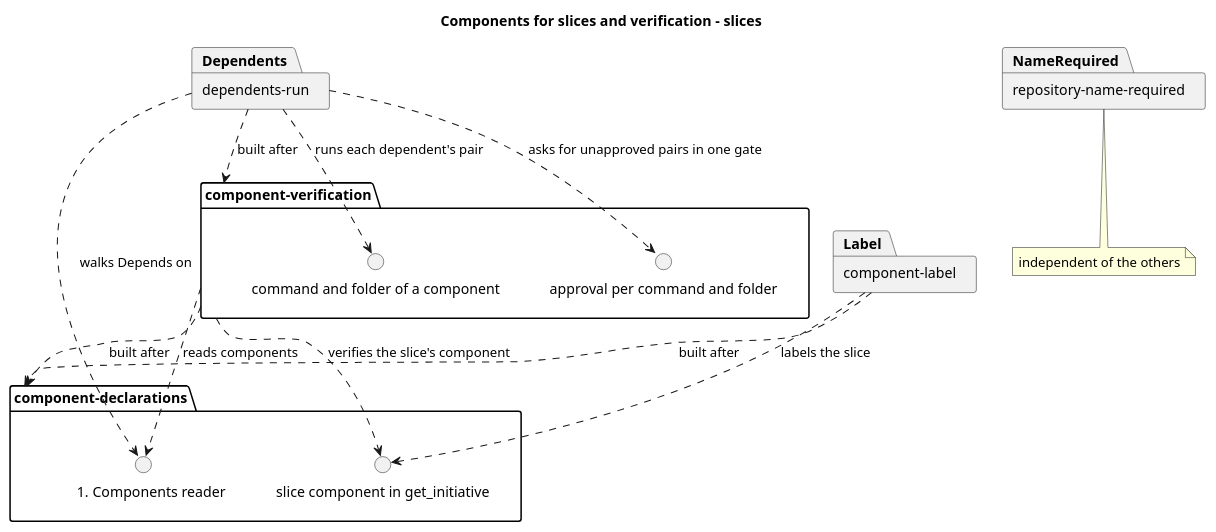
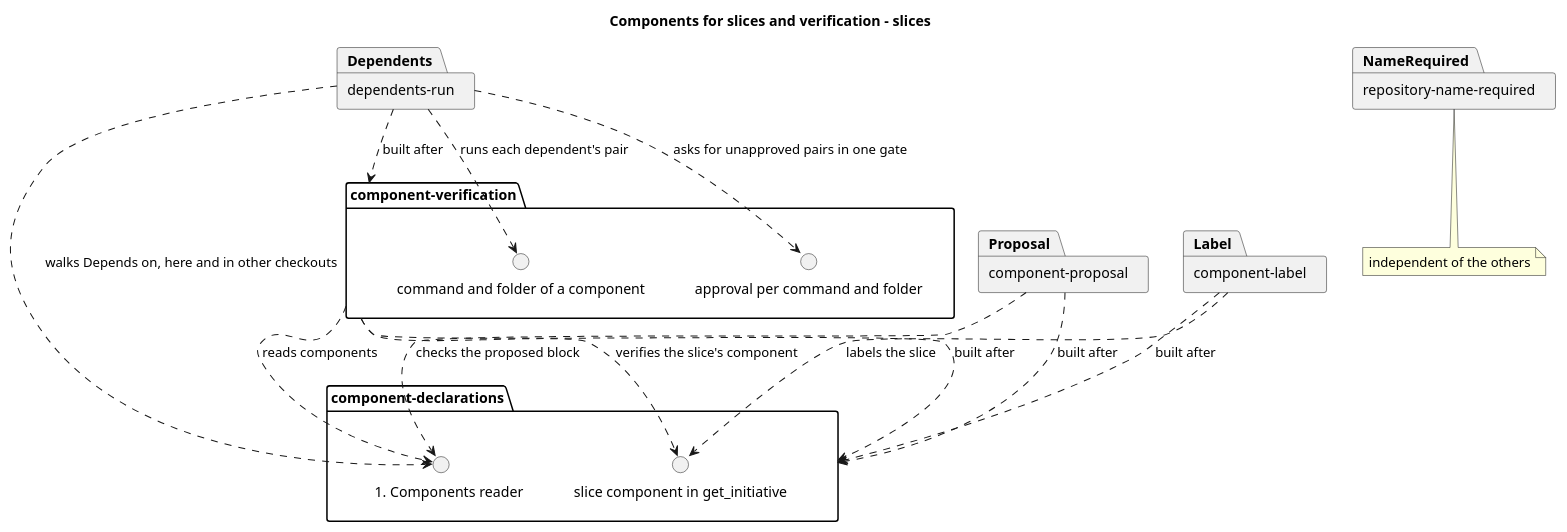
One commit to RumyantsevMichael/Prism changed the diagram in docs/plans/components/component-slices/overview.puml. Above: the diagram before and after it, drawn with PlantUML. The commit also changed 16 other files, not shown here.

```diff
--- a/docs/plans/components/component-slices/overview.puml
+++ b/docs/plans/components/component-slices/overview.puml
@@ -1,24 +1,27 @@
 @startuml
 title Components for slices and verification - slices
 package "component-declarations" as Declarations {
   interface "## Components reader" as Reader
   interface "slice component in get_initiative" as SliceComponent
 }
 package "component-verification" as Verification {
   interface "command and folder of a component" as CommandFolder
   interface "approval per command and folder" as PairApproval
 }
 package "dependents-run" as Dependents
 package "repository-name-required" as NameRequired
 package "component-label" as Label
+package "component-proposal" as Proposal
 Verification ..> Reader : reads components
 Verification ..> SliceComponent : verifies the slice's component
 Dependents ..> CommandFolder : runs each dependent's pair
 Dependents ..> PairApproval : asks for unapproved pairs in one gate
-Dependents ..> Reader : walks Depends on
+Dependents ..> Reader : walks Depends on, here and in other checkouts
 Label ..> SliceComponent : labels the slice
 Verification ..> Declarations : built after
 Dependents ..> Verification : built after
 Label ..> Declarations : built after
+Proposal ..> Reader : checks the proposed block
+Proposal ..> Declarations : built after
 note bottom of NameRequired : independent of the others
 @enduml
```
